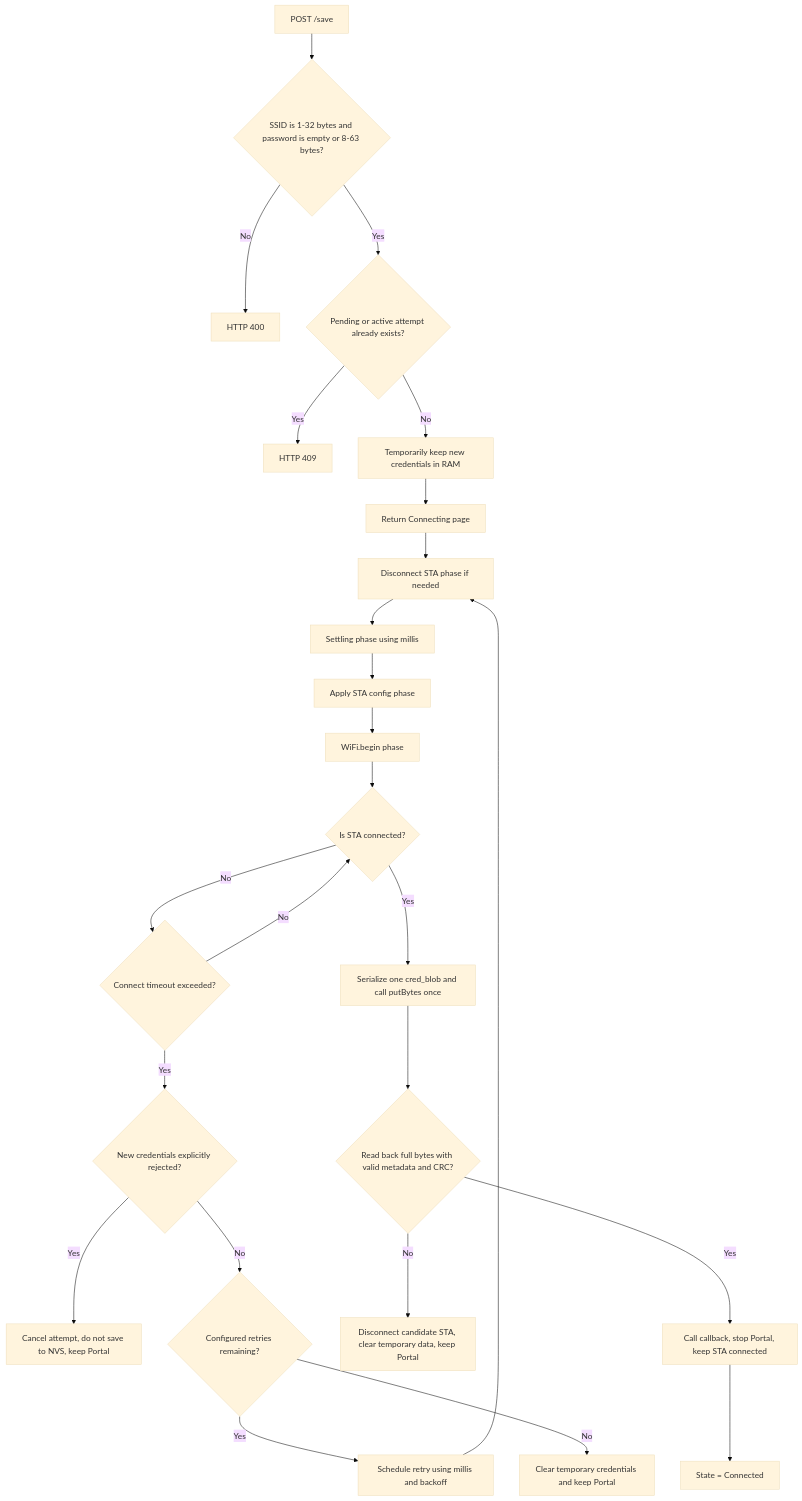
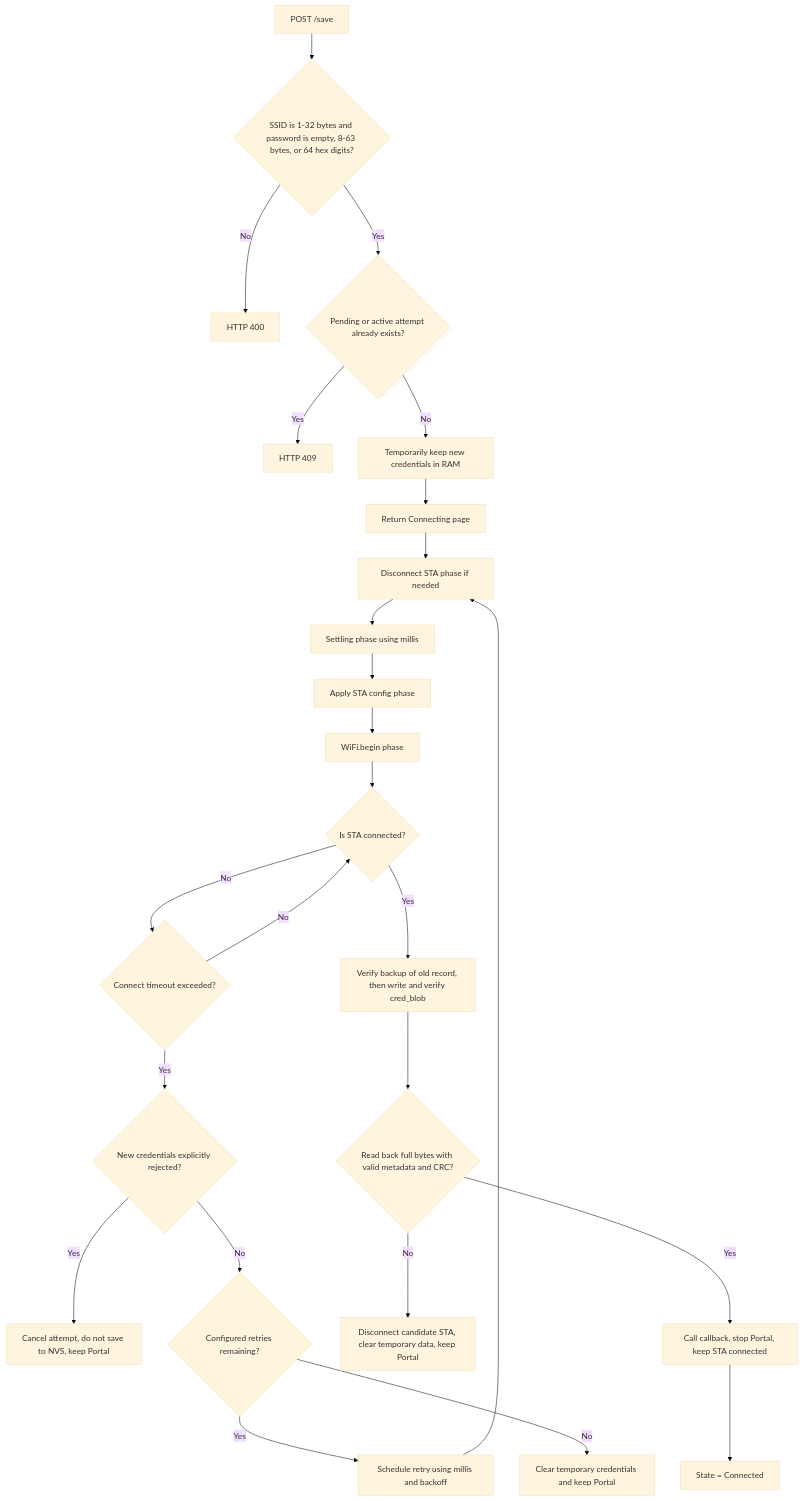
Before and after one commit to NguyenHien-8/ESP32WiFiPortal: the fifth of 11 diagrams in docs/FlowChart_EN.md, drawn with Mermaid (base theme). The commit also changed other lines of this file and 23 other files, not shown here.

````diff
--- a/docs/FlowChart_EN.md
+++ b/docs/FlowChart_EN.md
@@ -132,27 +134,27 @@
 ```mermaid
 flowchart TD
-    A[POST /save] --> B{SSID is 1-32 bytes and password is empty or 8-63 bytes?}
+    A[POST /save] --> B{SSID is 1-32 bytes and password is empty, 8-63 bytes, or 64 hex digits?}
     B -- No --> C[HTTP 400]
     B -- Yes --> D{Pending or active attempt already exists?}
     D -- Yes --> E[HTTP 409]
     D -- No --> F[Temporarily keep new credentials in RAM]
     F --> G[Return Connecting page]
     G --> H[Disconnect STA phase if needed]
     H --> U[Settling phase using millis]
     U --> V[Apply STA config phase]
     V --> W[WiFi.begin phase]
     W --> I{Is STA connected?}
     I -- No --> J{Connect timeout exceeded?}
     J -- No --> I
     J -- Yes --> K{New credentials explicitly rejected?}
     K -- Yes --> L[Cancel attempt, do not save to NVS, keep Portal]
     K -- No --> R{Configured retries remaining?}
     R -- Yes --> S[Schedule retry using millis and backoff]
     S --> H
     R -- No --> T[Clear temporary credentials and keep Portal]
-    I -- Yes --> M[Serialize one cred_blob and call putBytes once]
+    I -- Yes --> M[Verify backup of old record, then write and verify cred_blob]
     M --> N{Read back full bytes with valid metadata and CRC?}
     N -- No --> O[Disconnect candidate STA, clear temporary data, keep Portal]
     N -- Yes --> P[Call callback, stop Portal, keep STA connected]
     P --> Q[State = Connected]
 ```
````
